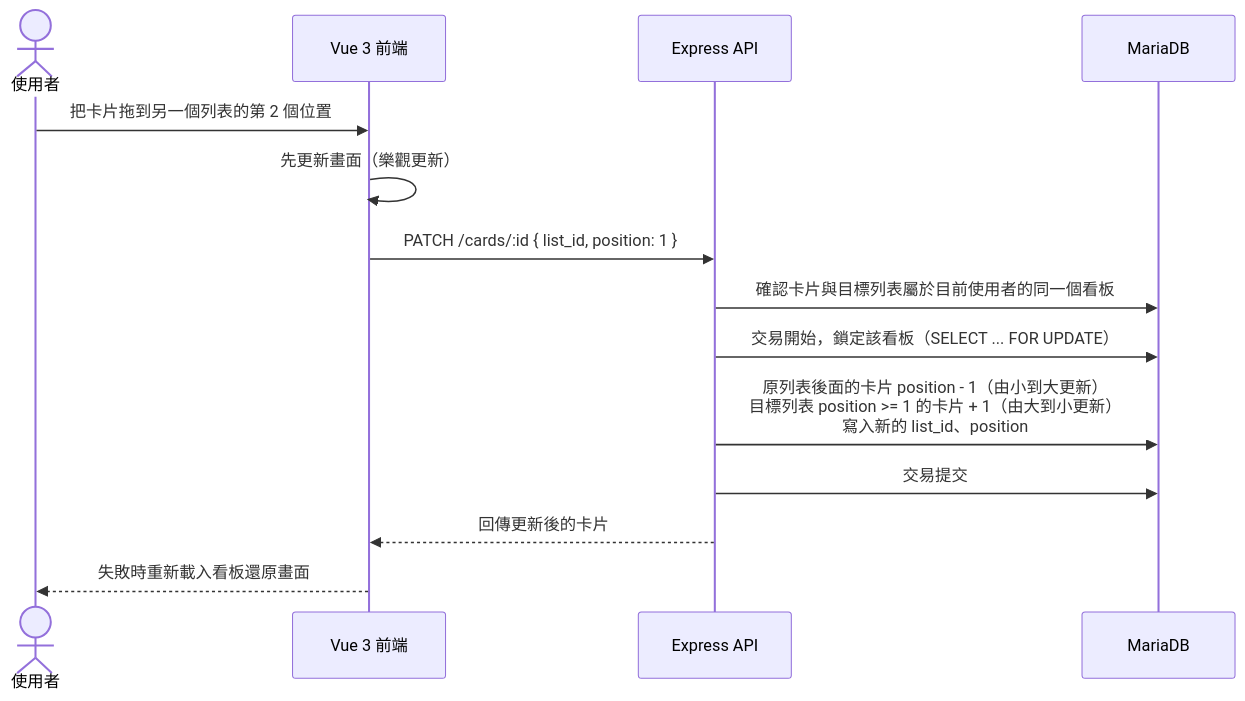
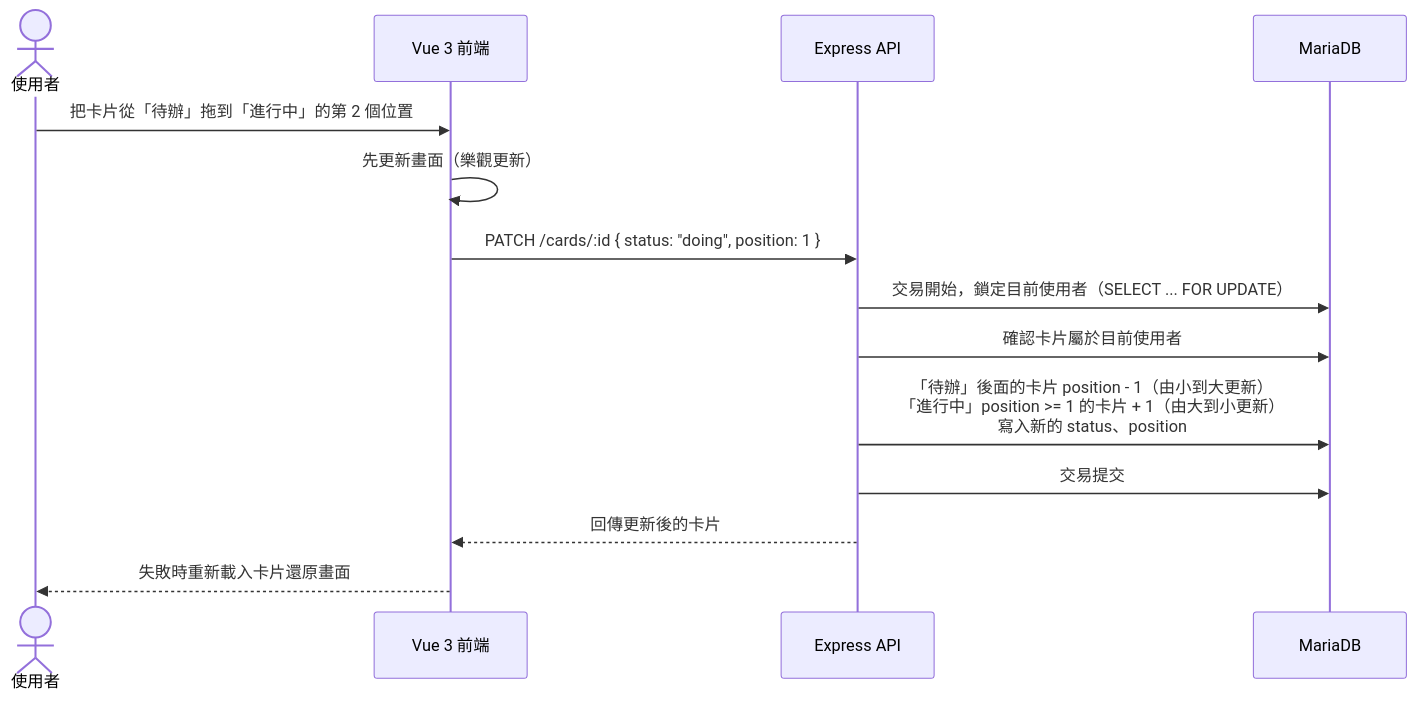
The third of 3 diagrams in docs/architecture.md (annie-clickforce/trello-fullstack), drawn with Mermaid before and after one commit. The commit also changed other lines of this file and 5 other files, not shown here.

````diff
--- a/docs/architecture.md
+++ b/docs/architecture.md
@@ -87,17 +81,17 @@
 ```mermaid
 sequenceDiagram
     actor User as 使用者
     participant Web as Vue 3 前端
     participant API as Express API
     participant DB as MariaDB
 
-    User->>Web: 把卡片拖到另一個列表的第 2 個位置
+    User->>Web: 把卡片從「待辦」拖到「進行中」的第 2 個位置
     Web->>Web: 先更新畫面（樂觀更新）
-    Web->>API: PATCH /cards/:id { list_id, position: 1 }
-    API->>DB: 確認卡片與目標列表屬於目前使用者的同一個看板
-    API->>DB: 交易開始，鎖定該看板（SELECT ... FOR UPDATE）
-    API->>DB: 原列表後面的卡片 position - 1（由小到大更新）<br/>目標列表 position >= 1 的卡片 + 1（由大到小更新）<br/>寫入新的 list_id、position
+    Web->>API: PATCH /cards/:id { status: "doing", position: 1 }
+    API->>DB: 交易開始，鎖定目前使用者（SELECT ... FOR UPDATE）
+    API->>DB: 確認卡片屬於目前使用者
+    API->>DB: 「待辦」後面的卡片 position - 1（由小到大更新）<br/>「進行中」position >= 1 的卡片 + 1（由大到小更新）<br/>寫入新的 status、position
     API->>DB: 交易提交
     API-->>Web: 回傳更新後的卡片
-    Web-->>User: 失敗時重新載入看板還原畫面
+    Web-->>User: 失敗時重新載入卡片還原畫面
 ```
````
